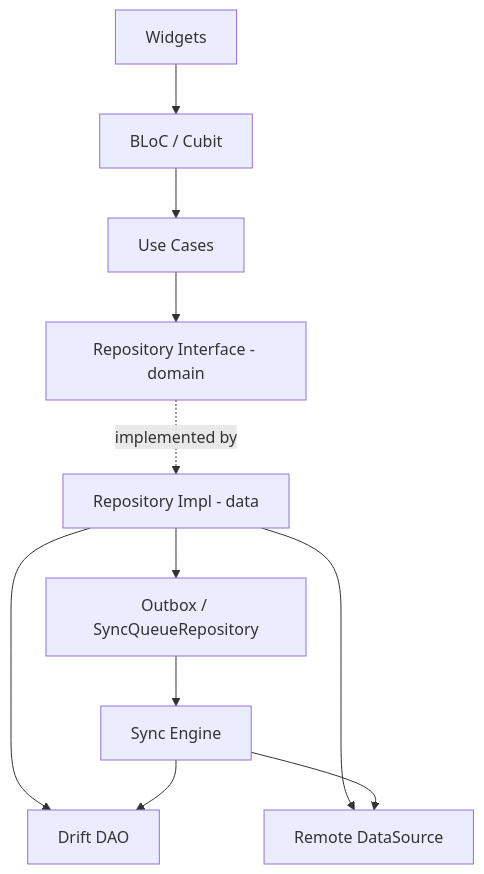
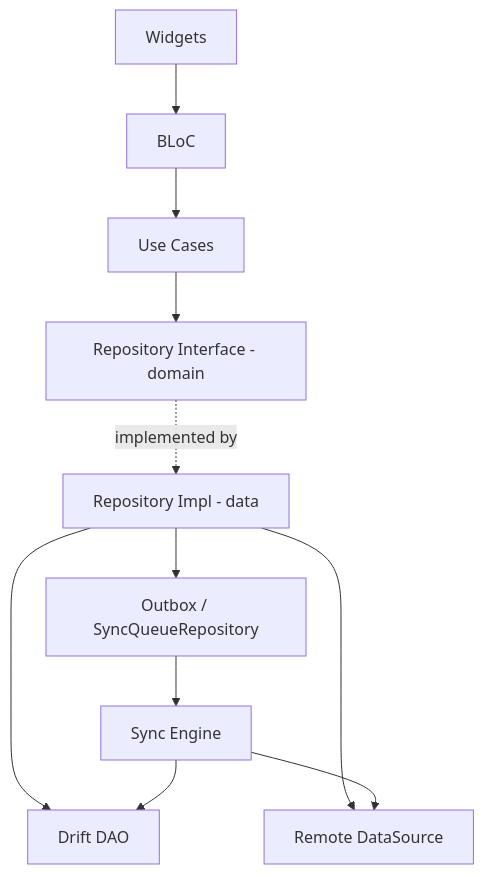
One commit to nggiahuy09/gh-pockit changed the diagram in CLAUDE.md. Above: the diagram before and after it, drawn with Mermaid. The commit also changed other lines of this file and 7 other files, not shown here.

````diff
--- a/CLAUDE.md
+++ b/CLAUDE.md
@@ -57,13 +57,13 @@
 ```mermaid
 flowchart TD
-    UI[Widgets] --> SM[BLoC / Cubit]
+    UI[Widgets] --> SM[BLoC]
     SM --> UC[Use Cases]
     UC --> RP[Repository Interface - domain]
     RP -.implemented by.-> RI[Repository Impl - data]
     RI --> DAO[Drift DAO]
     RI --> RDS[Remote DataSource]
     RI --> OB[Outbox / SyncQueueRepository]
     OB --> SE[Sync Engine]
     SE --> RDS
     SE --> DAO
 ```
````
